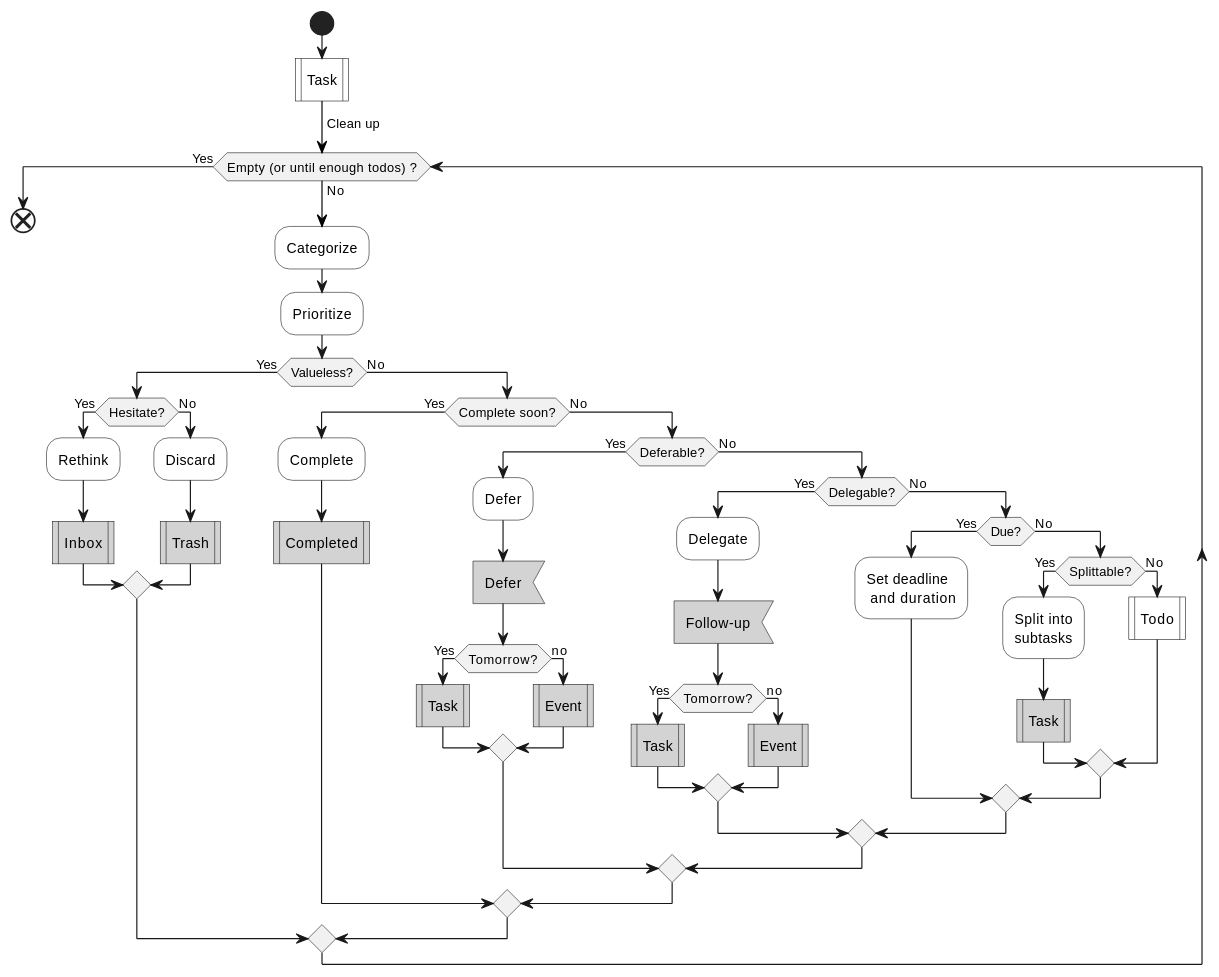
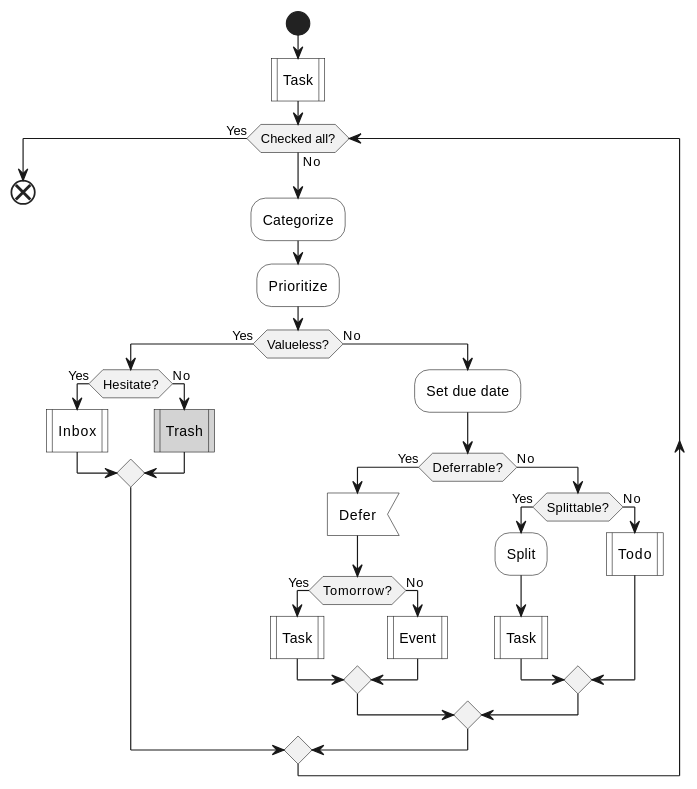
One commit to IceHe/icehe-lib changed the fourth of 9 diagrams in snips/principles/gtd.md. Above: the diagram before and after it, drawn with PlantUML. The commit also changed other lines of this file and 1 other file, not shown here.

````diff
--- a/snips/principles/gtd.md
+++ b/snips/principles/gtd.md
@@ -87,58 +146,36 @@
 ```plantuml
 @startuml
 start
 #white:Task|
--[#black]-> Clean up;
-while (Empty (or until enough todos) ?) is (No)
+while (Checked all?) is (No)
     #white:Categorize;
     #white:Prioritize;
     if (Valueless?) then (Yes)
         if (Hesitate?) then (Yes)
-            #white:Rethink;
-            #lightGray:Inbox|
+            #white:Inbox|
         else (No)
-            #white:Discard;
             #lightGray:Trash|
         endif
     else (No)
-        if (Complete soon?) then (Yes)
-            #white:Complete;
-            #lightGray:Completed|
+        #white:Set due date;
+        if (Deferrable?) then (Yes)
+            #white:Defer<
+            if (Tomorrow?) then (Yes)
+                #white:Task|
+            else (No)
+                #white:Event|
+            endif
         else (No)
-            if (Deferable?) then (Yes)
-                #white:Defer;
-                #lightGray:Defer<
-                if (Tomorrow?) then (Yes)
-                    #lightGray:Task|
-                else (no)
-                    #lightGray:Event|
-                endif
+            if (Splittable?) then (Yes)
+                #white:Split;
+                #white:Task|
             else (No)
-                if (Delegable?) then (Yes)
-                    #white:Delegate;
-                    #lightGray:Follow-up<
-                    if (Tomorrow?) then (Yes)
-                        #lightGray:Task|
-                    else (no)
-                        #lightGray:Event|
-                    endif
-                else (No)
-                    if (Due?) then (Yes)
-                        #white:Set deadline\n and duration;
-                    else (No)
-                        if (Splittable?) then (Yes)
-                            #white:Split into\nsubtasks;
-                            'note right : SMART 法则
-                            #lightGray:Task|
-                        else (No)
-                            #white:Todo|
-                        endif
-                    endif
-                endif
+                #white:Todo|
+                'note right: SMART 法则
             endif
         endif
     endif
 endwhile (Yes)
 end
 @enduml
 ```
````
